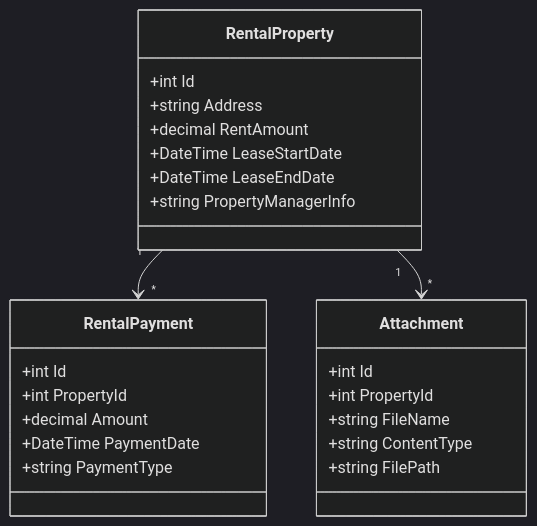
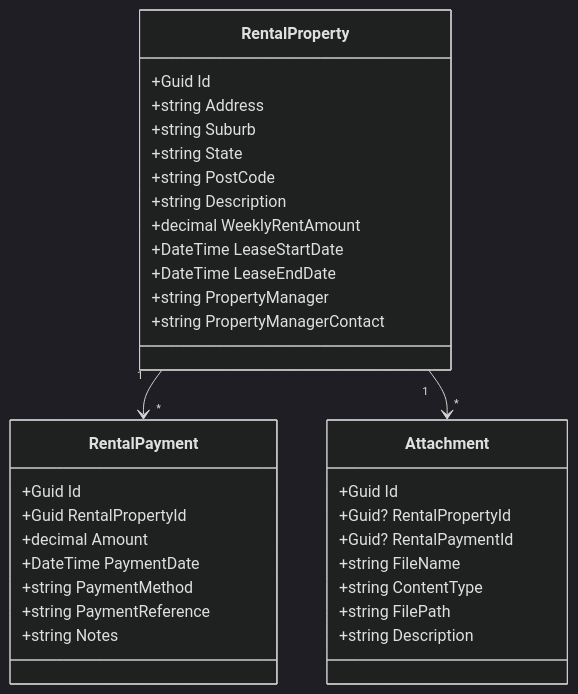
One commit to rohanmarathe567-code/RentTracker changed the second of 5 diagrams in README.md. Above: the diagram before and after it, drawn with Mermaid (dark theme). The commit also changed other lines of this file and 7 other files, not shown here.

````diff
--- a/README.md
+++ b/README.md
@@ -123,27 +123,36 @@
 ```mermaid
 classDiagram
     class RentalProperty {
-        +int Id
+        +Guid Id
         +string Address
-        +decimal RentAmount
+        +string Suburb
+        +string State
+        +string PostCode
+        +string Description
+        +decimal WeeklyRentAmount
         +DateTime LeaseStartDate
         +DateTime LeaseEndDate
-        +string PropertyManagerInfo
+        +string PropertyManager
+        +string PropertyManagerContact
     }
     class RentalPayment {
-        +int Id
-        +int PropertyId
+        +Guid Id
+        +Guid RentalPropertyId
         +decimal Amount
         +DateTime PaymentDate
-        +string PaymentType
+        +string PaymentMethod
+        +string PaymentReference
+        +string Notes
     }
     class Attachment {
-        +int Id
-        +int PropertyId
+        +Guid Id
+        +Guid? RentalPropertyId
+        +Guid? RentalPaymentId
         +string FileName
         +string ContentType
         +string FilePath
+        +string Description
     }
     RentalProperty "1" --> "*" RentalPayment
     RentalProperty "1" --> "*" Attachment
 ```
````
